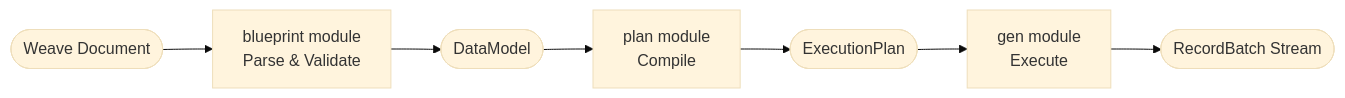
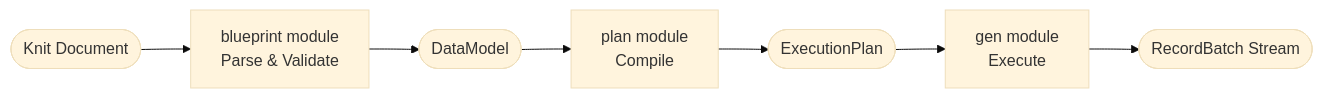
Before and after one commit to Yaming-Hub/knit: the first of 10 diagrams in docs/design-plan.md, drawn with Mermaid (base theme). The commit also changed other lines of this file and 19 other files, not shown here.

````diff
--- a/docs/design-plan.md
+++ b/docs/design-plan.md
@@ -33,9 +33,9 @@
 ```mermaid
 flowchart LR
-    weave([Weave Document]) --> blueprint[blueprint module\nParse & Validate]
+    knit_doc([Knit Document]) --> blueprint[blueprint module\nParse & Validate]
     blueprint --> model([DataModel])
     model --> plan[plan module\nCompile]
     plan --> exec([ExecutionPlan])
     exec --> gen[gen module\nExecute]
     gen --> output([RecordBatch Stream])
 ```
````
